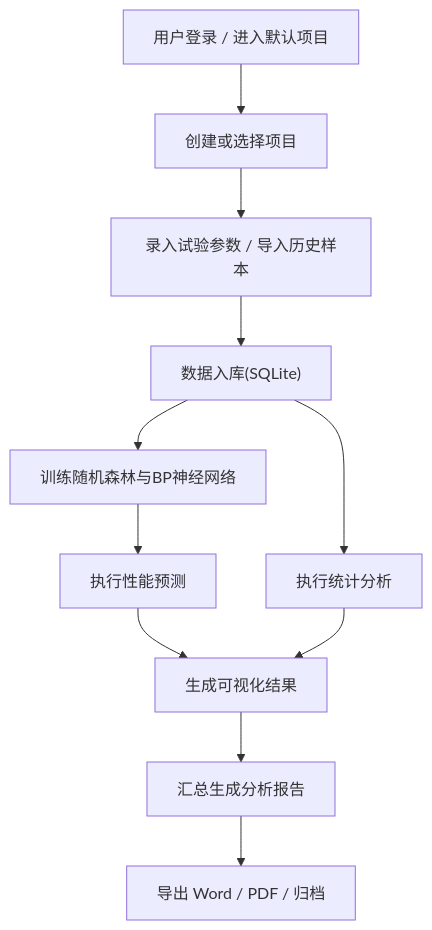
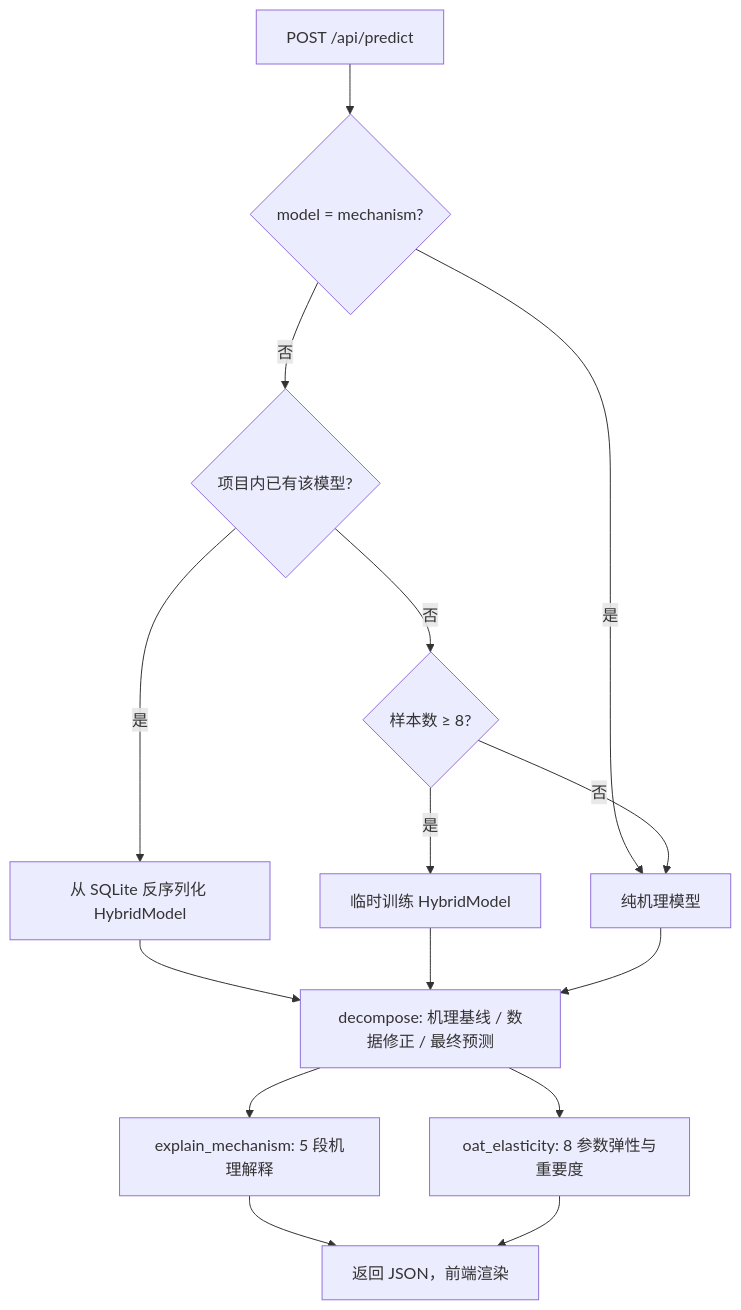
The third of 6 diagrams in docs/流程图.md (sturgeons/micp), drawn with Mermaid before and after one commit. The commit also changed other lines of this file and 83 other files, not shown here.

````diff
--- a/docs/流程图.md
+++ b/docs/流程图.md
@@ -5,13 +40,14 @@
 ```mermaid
 flowchart TD
-    A["用户登录 / 进入默认项目"] --> B["创建或选择项目"]
-    B --> C["录入试验参数 / 导入历史样本"]
-    C --> D["数据入库(SQLite)"]
-    D --> E["训练随机森林与BP神经网络"]
-    E --> F["执行性能预测"]
-    D --> G["执行统计分析"]
-    F --> H["生成可视化结果"]
-    G --> H
-    H --> I["汇总生成分析报告"]
-    I --> J["导出 Word / PDF / 归档"]
+    A[POST /api/predict] --> B{model = mechanism?}
+    B -- 是 --> M[纯机理模型]
+    B -- 否 --> C{项目内已有该模型?}
+    C -- 是 --> D[从 SQLite 反序列化 HybridModel]
+    C -- 否 --> E{样本数 ≥ 8?}
+    E -- 是 --> F[临时训练 HybridModel]
+    E -- 否 --> M
+    D & F & M --> G[decompose: 机理基线 / 数据修正 / 最终预测]
+    G --> H[explain_mechanism: 5 段机理解释]
+    G --> I[oat_elasticity: 8 参数弹性与重要度]
+    H & I --> J[返回 JSON，前端渲染]
 ```
````
